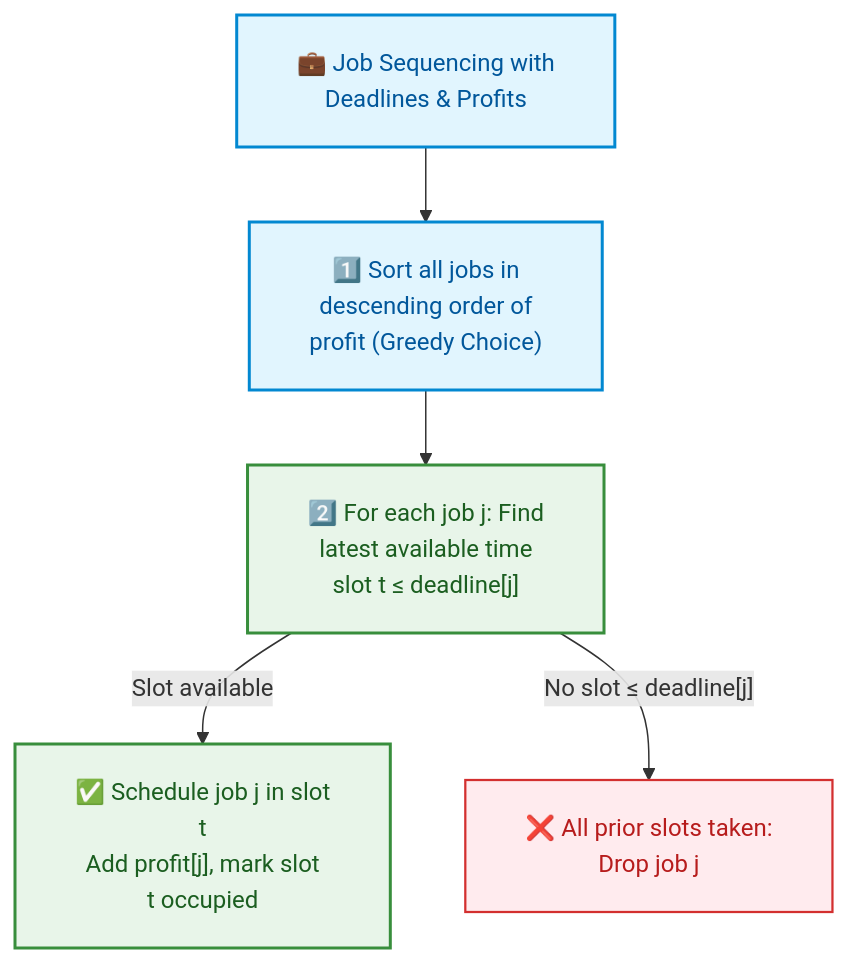
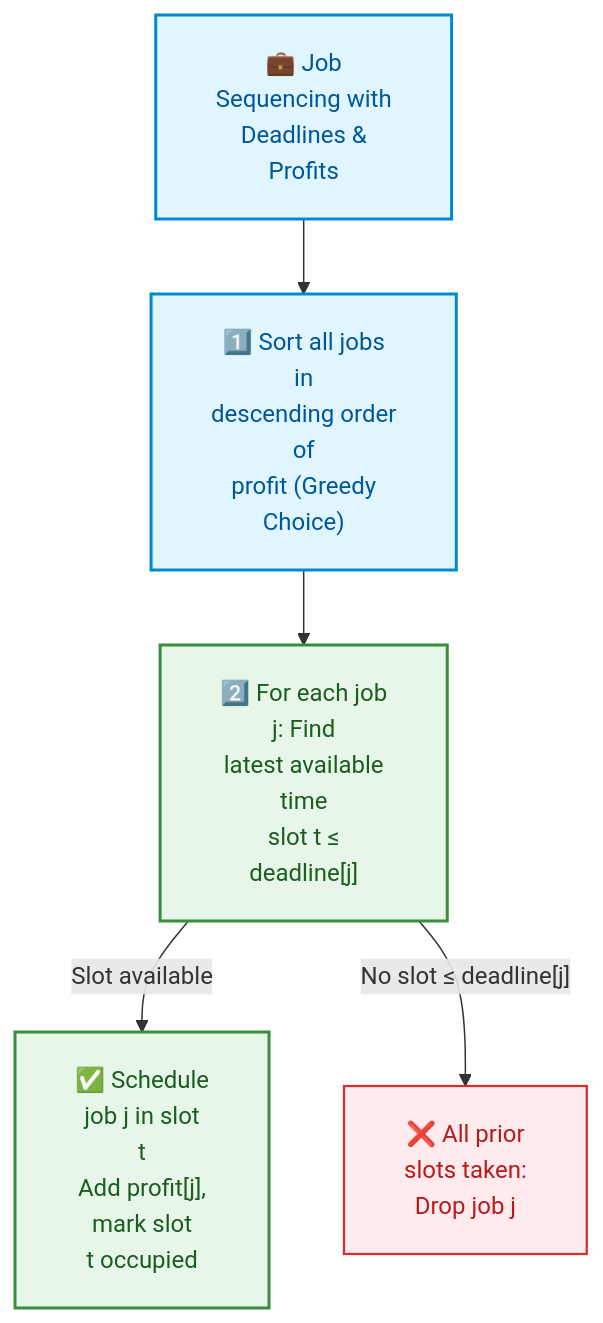
Before and after one commit to dip4k/DSA_102: the third of 4 diagrams in week_12_greedy_and_paradigms/WEEK_12_FULL_PLAYBOOK.md, drawn with Mermaid. The commit also changed other lines of this file and 106 other files, not shown here.

First line of the commit message:
fix(mermaid): prevent text clipping with foreignObject overflow and tighter line wrapping

````diff
--- a/week_12_greedy_and_paradigms/WEEK_12_FULL_PLAYBOOK.md
+++ b/week_12_greedy_and_paradigms/WEEK_12_FULL_PLAYBOOK.md
@@ -838,13 +838,13 @@
 ```mermaid
-%%{init: {"flowchart": {"htmlLabels": true, "padding": 20}}}%%
+%%{init: {"flowchart": {"htmlLabels": true, "padding": 20}, "themeCSS": "foreignObject { overflow: visible !important; }"}}%%
 flowchart TD
     classDef sort fill:#e1f5fe,stroke:#0288d1,color:#01579b,stroke-width:2px;
     classDef slot fill:#e8f5e9,stroke:#388e3c,color:#1b5e20,stroke-width:2px;
     classDef prune fill:#ffebee,stroke:#d32f2f,color:#b71c1c,stroke-width:1.5px;
 
-    R["💼 Job Sequencing with<br/>Deadlines & Profits"]:::sort
-    R --> S1["1️⃣ Sort all jobs in<br/>descending order of<br/>profit (Greedy Choice)"]:::sort
-    S1 --> S2["2️⃣ For each job j: Find<br/>latest available time<br/>slot t &le; deadline[j]"]:::slot
-    S2 -->|Slot available| Sched["✅ Schedule job j in slot<br/>t<br/>Add profit[j], mark slot<br/>t occupied"]:::slot
-    S2 -->|"No slot &le; deadline[j]"| Drop["❌ All prior slots taken:<br/>Drop job j"]:::prune
+    R["💼 Job<br/>Sequencing with<br/>Deadlines &<br/>Profits"]:::sort
+    R --> S1["1️⃣ Sort all jobs<br/>in<br/>descending order<br/>of<br/>profit (Greedy<br/>Choice)"]:::sort
+    S1 --> S2["2️⃣ For each job<br/>j: Find<br/>latest available<br/>time<br/>slot t &le;<br/>deadline[j]"]:::slot
+    S2 -->|Slot available| Sched["✅ Schedule<br/>job j in slot<br/>t<br/>Add profit[j],<br/>mark slot<br/>t occupied"]:::slot
+    S2 -->|"No slot &le; deadline[j]"| Drop["❌ All prior<br/>slots taken:<br/>Drop job j"]:::prune
 ```
````
